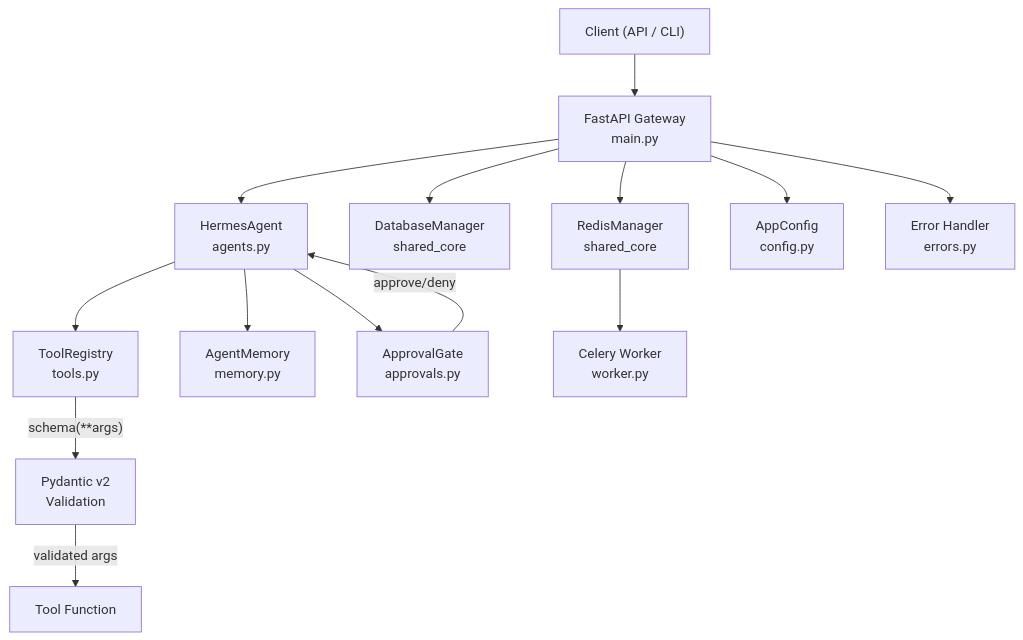
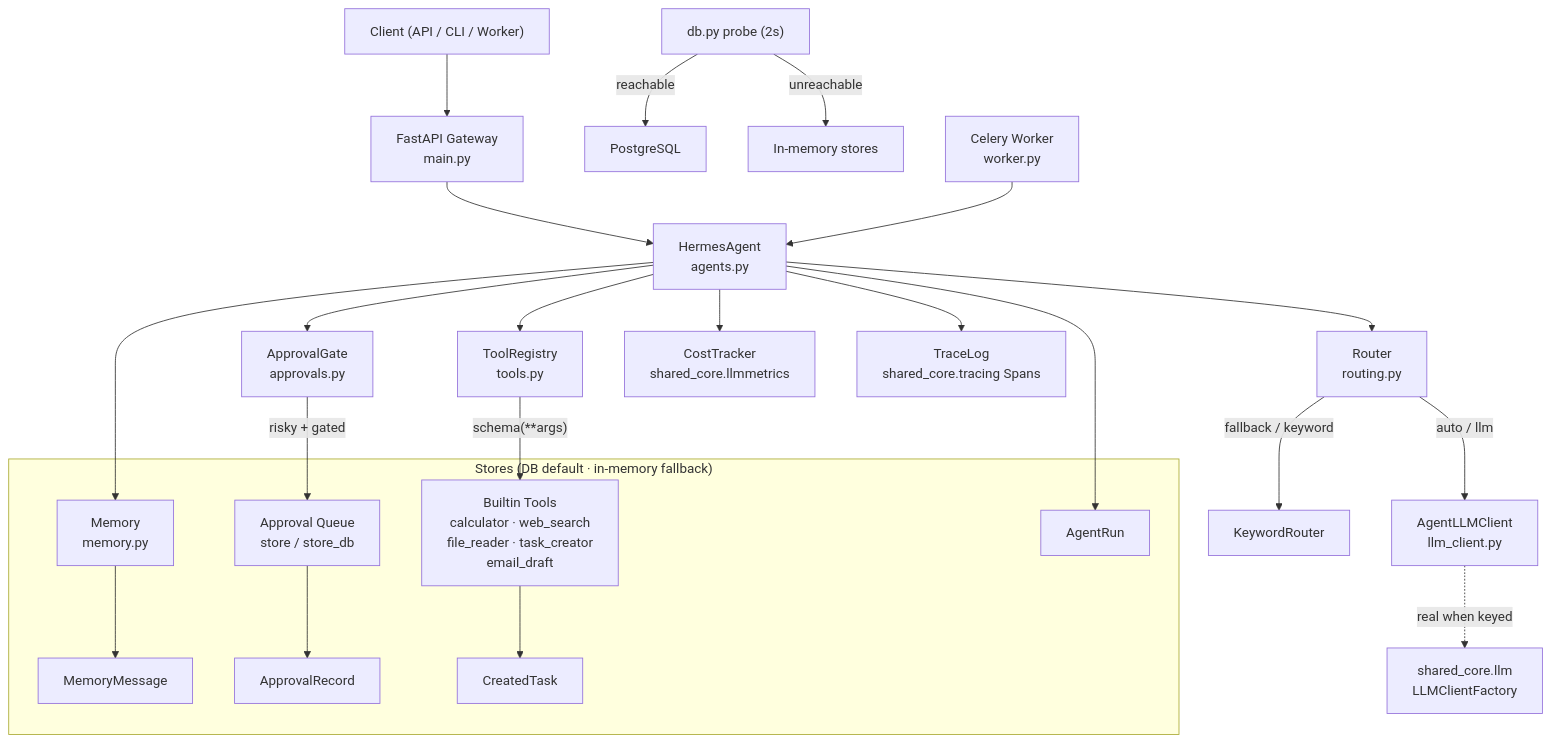
One commit to FishRaposo/aria-agent changed the diagram in README.md. Above: the diagram before and after it, drawn with Mermaid. The commit also changed other lines of this file and 113 other files, not shown here.

````diff
--- a/README.md
+++ b/README.md
@@ -39,16 +41,32 @@
 ```mermaid
 graph TD
-    Client["Client (API / CLI)"] --> API["FastAPI Gateway<br/>main.py"]
+    Client["Client (API / CLI / Worker)"] --> API["FastAPI Gateway<br/>main.py"]
     API --> Agent["HermesAgent<br/>agents.py"]
+
+    Agent --> Router["Router<br/>routing.py"]
+    Router -->|"auto / llm"| LLM["AgentLLMClient<br/>llm_client.py"]
+    Router -->|"fallback / keyword"| KW["KeywordRouter"]
+    LLM -.->|"real when keyed"| Factory["shared_core.llm<br/>LLMClientFactory"]
+
+    Agent --> Gate["ApprovalGate<br/>approvals.py"]
+    Gate -->|"risky + gated"| AQ["Approval Queue<br/>store / store_db"]
+
     Agent --> Registry["ToolRegistry<br/>tools.py"]
-    Agent --> Memory["AgentMemory<br/>memory.py"]
-    Agent --> Gate["ApprovalGate<br/>approvals.py"]
-    Registry -->|"schema(**args)"| Pydantic["Pydantic v2<br/>Validation"]
-    Pydantic -->|"validated args"| ToolFn["Tool Function"]
-    Gate -->|"approve/deny"| Agent
-    API --> DB["DatabaseManager<br/>shared_core"]
-    API --> Redis["RedisManager<br/>shared_core"]
-    Redis --> Worker["Celery Worker<br/>worker.py"]
-    API --> Config["AppConfig<br/>config.py"]
-    API --> Errors["Error Handler<br/>errors.py"]
+    Registry -->|"schema(**args)"| Tools["Builtin Tools<br/>calculator · web_search<br/>file_reader · task_creator<br/>email_draft"]
+
+    Agent --> Memory["Memory<br/>memory.py"]
+    Agent --> Cost["CostTracker<br/>shared_core.llmmetrics"]
+    Agent --> Trace["TraceLog<br/>shared_core.tracing Spans"]
+
+    subgraph Persistence["Stores (DB default · in-memory fallback)"]
+        Runs["AgentRun"]
+        Memory --> MsgDB["MemoryMessage"]
+        AQ --> ApDB["ApprovalRecord"]
+        Tools --> TaskDB["CreatedTask"]
+    end
+    Agent --> Runs
+
+    Probe["db.py probe (2s)"] -->|"reachable"| PG["PostgreSQL"]
+    Probe -->|"unreachable"| Mem["In-memory stores"]
+    Worker["Celery Worker<br/>worker.py"] --> Agent
 ```
````
